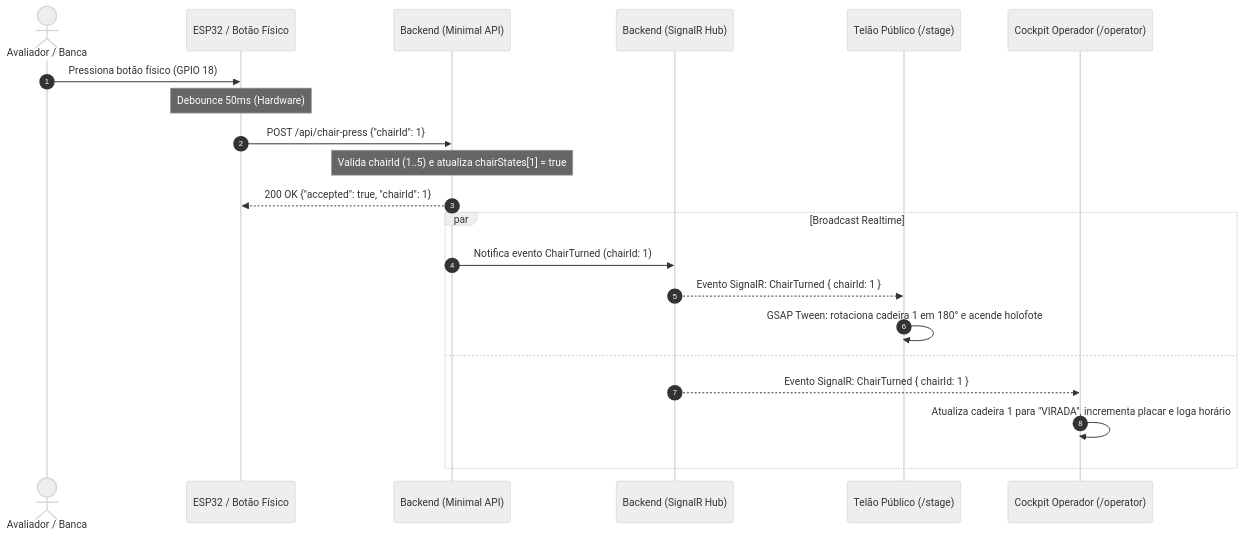
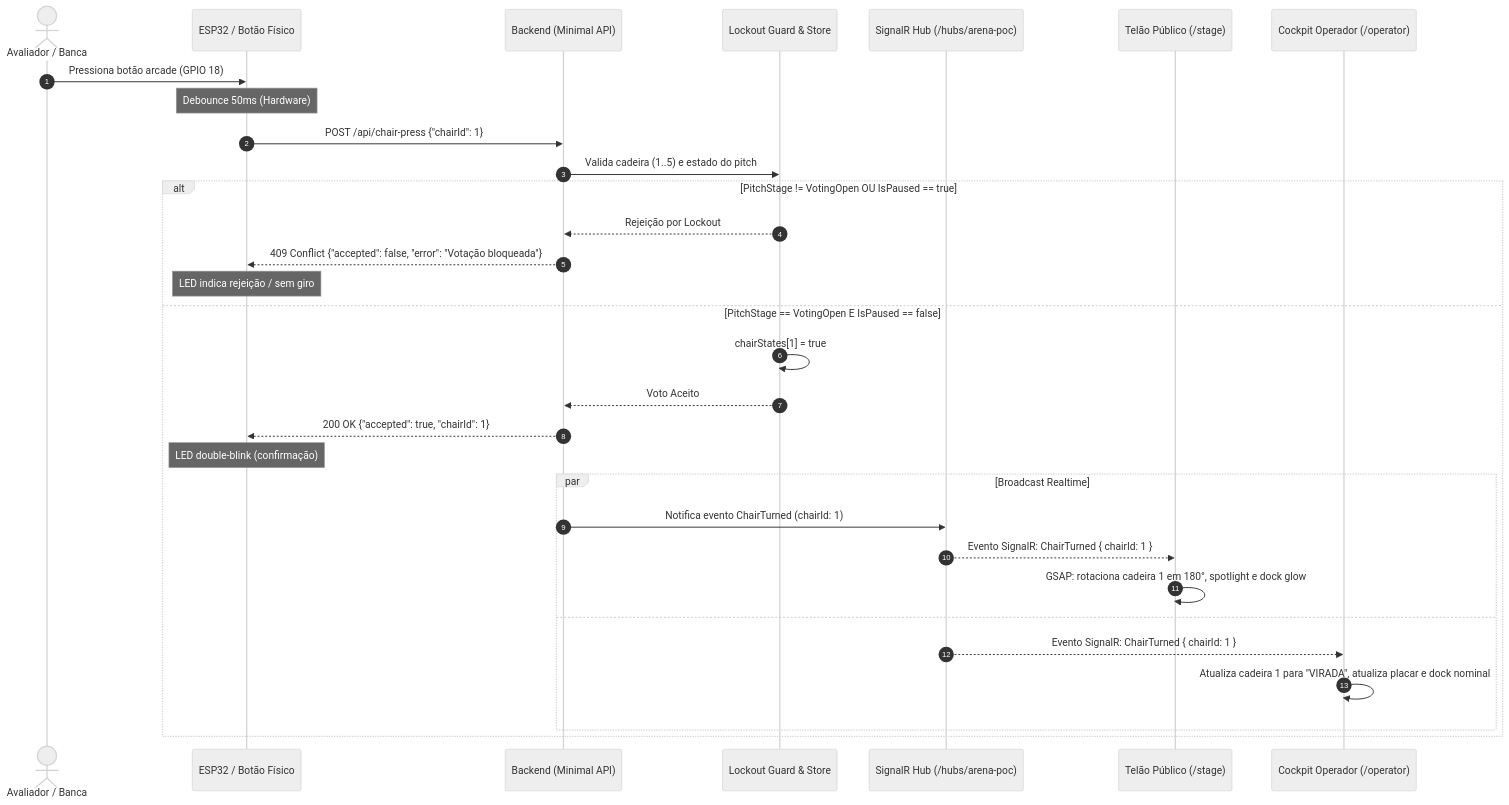
One commit to andregodoyro/arena-voice-poc changed the third of 5 diagrams in docs/architecture.md. Above: the diagram before and after it, drawn with Mermaid (neutral theme). The commit also changed other lines of this file and 5 other files, not shown here.

````diff
--- a/docs/architecture.md
+++ b/docs/architecture.md
@@ -54,26 +181,37 @@
 ```mermaid
 sequenceDiagram
     autonumber
     actor Avaliador as Avaliador / Banca
     participant ESP as ESP32 / Botão Físico
     participant API as Backend (Minimal API)
-    participant Hub as Backend (SignalR Hub)
+    participant Engine as Lockout Guard & Store
+    participant Hub as SignalR Hub (/hubs/arena-poc)
     participant Stage as Telão Público (/stage)
     participant OP as Cockpit Operador (/operator)
 
-    Avaliador->>ESP: Pressiona botão físico (GPIO 18)
+    Avaliador->>ESP: Pressiona botão arcade (GPIO 18)
     Note over ESP: Debounce 50ms (Hardware)
     ESP->>API: POST /api/chair-press {"chairId": 1}
     
-    Note over API: Valida chairId (1..5) e atualiza chairStates[1] = true
-    API-->>ESP: 200 OK {"accepted": true, "chairId": 1}
+    API->>Engine: Valida cadeira (1..5) e estado do pitch
+    
+    alt PitchStage != VotingOpen OU IsPaused == true
+        Engine-->>API: Rejeição por Lockout
+        API-->>ESP: 409 Conflict {"accepted": false, "error": "Votação bloqueada"}
+        Note over ESP: LED indica rejeição / sem giro
+    else PitchStage == VotingOpen E IsPaused == false
+        Engine->>Engine: chairStates[1] = true
+        Engine-->>API: Voto Aceito
+        API-->>ESP: 200 OK {"accepted": true, "chairId": 1}
+        Note over ESP: LED double-blink (confirmação)
 
-    par Broadcast Realtime
-        API->>Hub: Notifica evento ChairTurned (chairId: 1)
-        Hub-->>Stage: Evento SignalR: ChairTurned { chairId: 1 }
-        Stage->>Stage: GSAP Tween: rotaciona cadeira 1 em 180° e acende holofote
-    and
-        Hub-->>OP: Evento SignalR: ChairTurned { chairId: 1 }
-        OP->>OP: Atualiza cadeira 1 para "VIRADA", incrementa placar e loga horário
+        par Broadcast Realtime
+            API->>Hub: Notifica evento ChairTurned (chairId: 1)
+            Hub-->>Stage: Evento SignalR: ChairTurned { chairId: 1 }
+            Stage->>Stage: GSAP: rotaciona cadeira 1 em 180°, spotlight e dock glow
+        and
+            Hub-->>OP: Evento SignalR: ChairTurned { chairId: 1 }
+            OP->>OP: Atualiza cadeira 1 para "VIRADA", atualiza placar e dock nominal
+        end
     end
 ```
````
